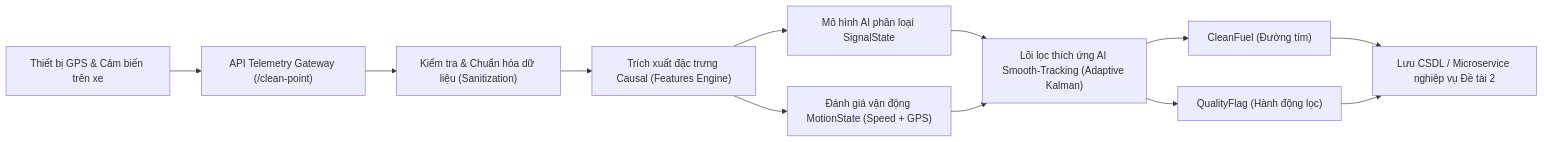
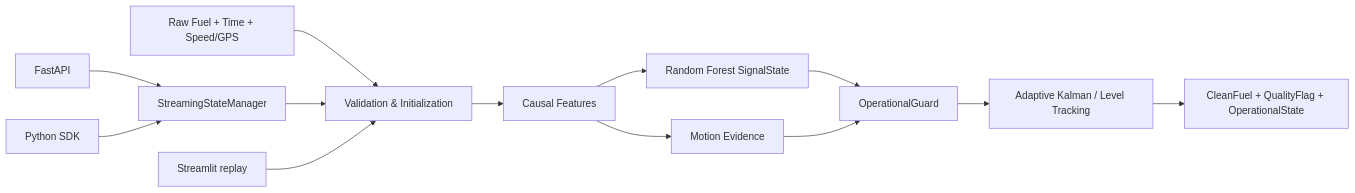
One commit to HOANGTHI2509/THUCTAP-VICOMSAT-D1 changed the diagram in README.md. Above: the diagram before and after it, drawn with Mermaid. The commit also changed other lines of this file and 19 other files, not shown here.

Commit message:
feat: handle missing capacity and initial zero telemetry point

````diff
--- a/README.md
+++ b/README.md
@@ -46,14 +76,16 @@
 ```mermaid
 flowchart LR
-    A["Thiết bị GPS & Cảm biến trên xe"] --> B["API Telemetry Gateway (/clean-point)"]
-    B --> C["Kiểm tra & Chuẩn hóa dữ liệu (Sanitization)"]
-    C --> D["Trích xuất đặc trưng Causal (Features Engine)"]
-    D --> E["Mô hình AI phân loại SignalState"]
-    D --> I["Đánh giá vận động MotionState (Speed + GPS)"]
-    E --> F["Lõi lọc thích ứng AI Smooth-Tracking (Adaptive Kalman)"]
-    I --> F
-    F --> G["CleanFuel (Đường tím)"]
-    F --> H["QualityFlag (Hành động lọc)"]
-    G --> J["Lưu CSDL / Microservice nghiệp vụ Đề tài 2"]
-    H --> J
+    A["Raw Fuel + Time + Speed/GPS"] --> B["Validation & Initialization"]
+    B --> C["Causal Features"]
+    C --> D["Random Forest SignalState"]
+    C --> E["Motion Evidence"]
+    D --> F["OperationalGuard"]
+    E --> F
+    F --> G["Adaptive Kalman / Level Tracking"]
+    G --> H["CleanFuel + QualityFlag + OperationalState"]
+
+    API["FastAPI"] --> S["StreamingStateManager"]
+    SDK["Python SDK"] --> S
+    S --> B
+    DASH["Streamlit replay"] --> B
 ```
````
